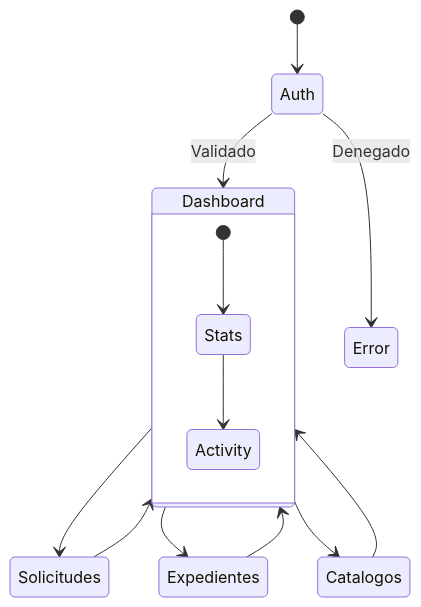
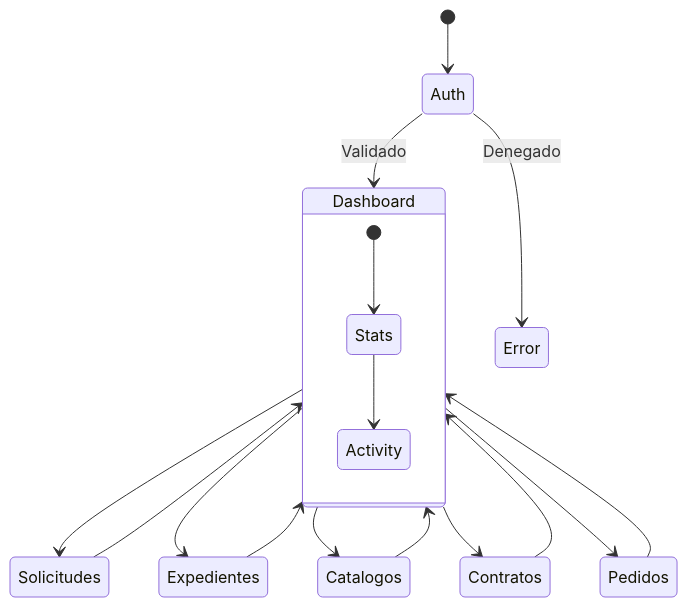
The third of 3 diagrams in README.md (jlangarica/Division-Servicios-Administrativos), drawn with Mermaid before and after one commit. The commit also changed other lines of this file, not shown here.

````diff
--- a/README.md
+++ b/README.md
@@ -238,19 +244,23 @@
 ```mermaid
 stateDiagram-v2
     [*] --> Auth
     Auth --> Dashboard: Validado
     Auth --> Error: Denegado
     
     state Dashboard {
         [*] --> Stats
         Stats --> Activity
     }
     
     Dashboard --> Solicitudes
     Dashboard --> Expedientes
     Dashboard --> Catalogos
+    Dashboard --> Contratos
+    Dashboard --> Pedidos
     
     Solicitudes --> Dashboard
     Expedientes --> Dashboard
     Catalogos --> Dashboard
+    Contratos --> Dashboard
+    Pedidos --> Dashboard
 ```
````
